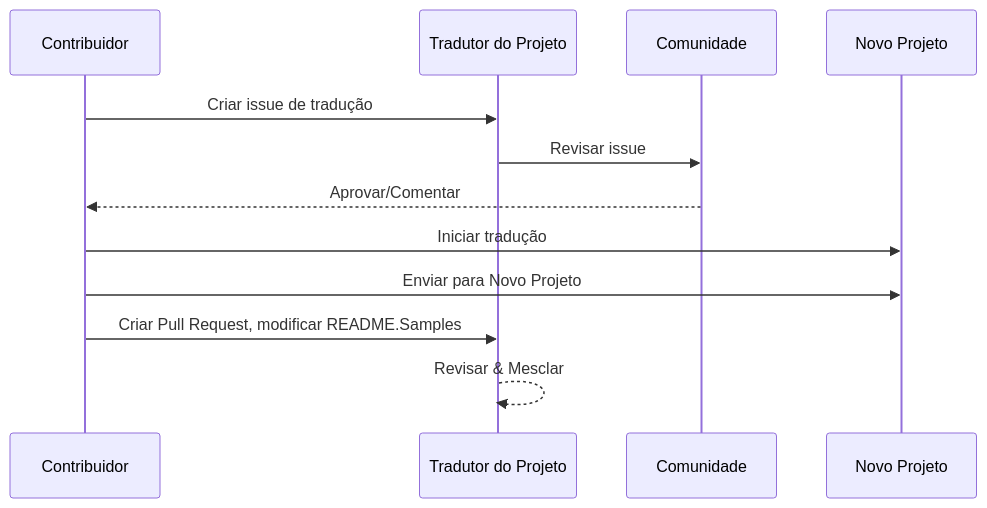
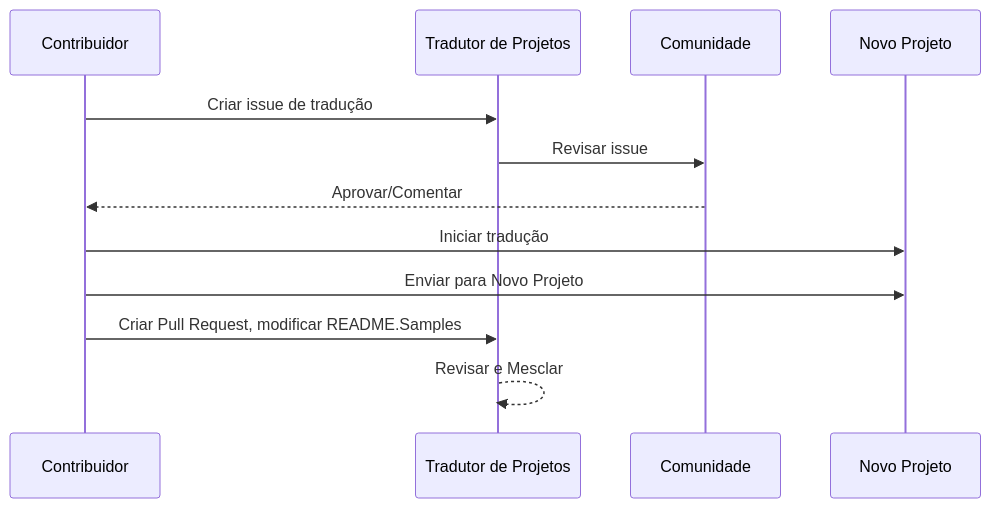
One commit to Project-Translation/project_translator changed the diagram in readmes/README.pt-br.md. Above: the diagram before and after it, drawn with Mermaid. The commit also changed other lines of this file and 73 other files, not shown here.

````diff
--- a/readmes/README.pt-br.md
+++ b/readmes/README.pt-br.md
@@ -51,10 +50,10 @@
 ```mermaid
 sequenceDiagram
-  Contribuidor->>Tradutor do Projeto: Criar issue de tradução
-  Tradutor do Projeto->>Comunidade: Revisar issue
+  Contribuidor->>Tradutor de Projetos: Criar issue de tradução
+  Tradutor de Projetos->>Comunidade: Revisar issue
   Comunidade-->>Contribuidor: Aprovar/Comentar
   Contribuidor->>Novo Projeto: Iniciar tradução
   Contribuidor->>Novo Projeto: Enviar para Novo Projeto
-  Contribuidor->>Tradutor do Projeto: Criar Pull Request, modificar README.Samples
-  Tradutor do Projeto-->>Tradutor do Projeto: Revisar & Mesclar
+  Contribuidor->>Tradutor de Projetos: Criar Pull Request, modificar README.Samples
+  Tradutor de Projetos-->>Tradutor de Projetos: Revisar e Mesclar
 ```
````
